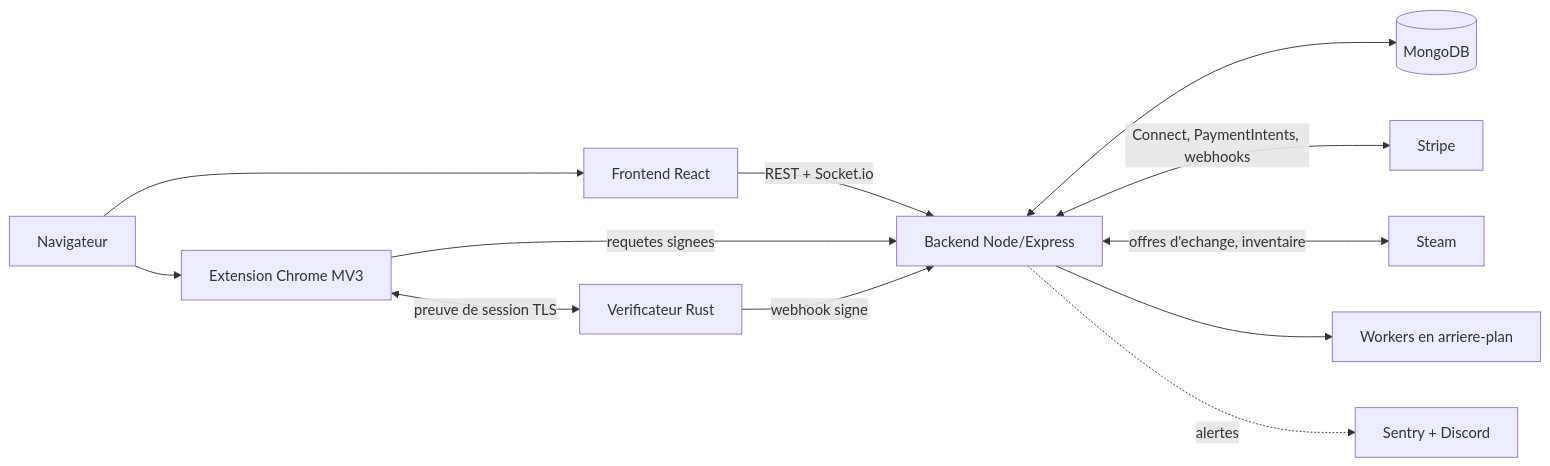
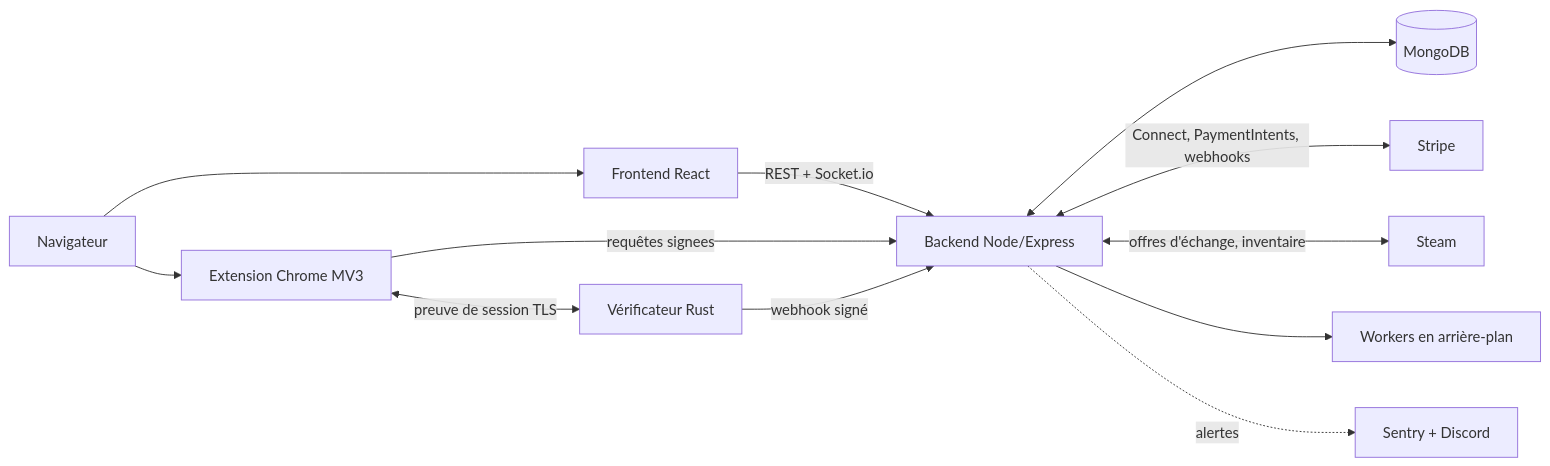
Before and after one commit to Monsieur-Skin/Monsieur-Skin-Showcase: the diagram in README.fr.md, drawn with Mermaid. The commit also changed other lines of this file, not shown here.

````diff
--- a/README.fr.md
+++ b/README.fr.md
@@ -29,14 +27,14 @@
 ```mermaid
 flowchart LR
   U[Navigateur] --> FE[Frontend React]
   U --> EXT[Extension Chrome MV3]
   FE -->|REST + Socket.io| BE[Backend Node/Express]
-  EXT -->|requetes signees| BE
-  EXT <-->|preuve de session TLS| NV[Verificateur Rust]
-  NV -->|webhook signe| BE
+  EXT -->|requêtes signees| BE
+  EXT <-->|preuve de session TLS| NV[Vérificateur Rust]
+  NV -->|webhook signé| BE
   BE <--> DB[(MongoDB)]
   BE <-->|Connect, PaymentIntents, webhooks| ST[Stripe]
-  BE <-->|offres d'echange, inventaire| SteamAPI[Steam]
-  BE --> W[Workers en arriere-plan]
+  BE <-->|offres d'échange, inventaire| SteamAPI[Steam]
+  BE --> W[Workers en arrière-plan]
   BE -.->|alertes| OBS[Sentry + Discord]
 ```
````
